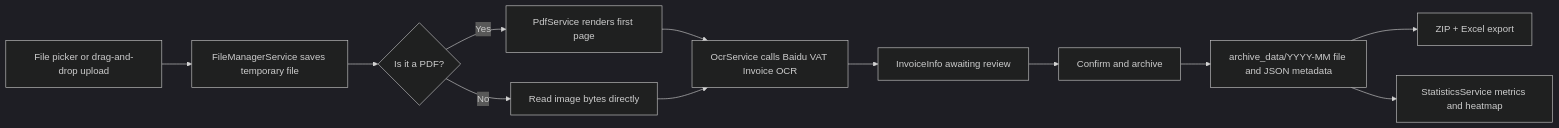
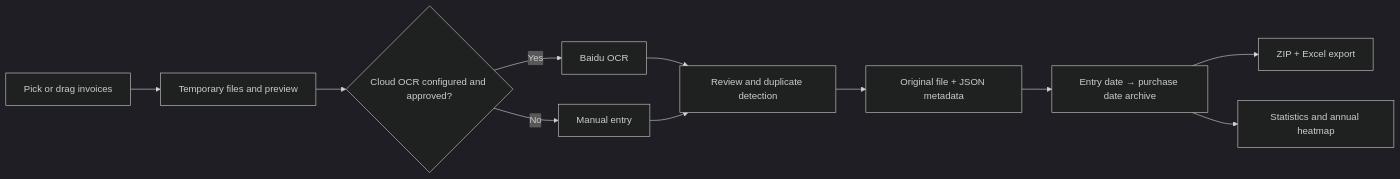
The diagram in README.en.md (MIGO-OvO/LabInvoiceSystem), drawn with Mermaid (dark theme) before and after one commit. The commit also changed other lines of this file and 1 other file, not shown here.

````diff
--- a/README.en.md
+++ b/README.en.md
@@ -151,14 +204,13 @@
 ```mermaid
 flowchart LR
-    A["File picker or drag-and-drop upload"] --> B["FileManagerService saves temporary file"]
-    B --> C{"Is it a PDF?"}
-    C -- "Yes" --> D["PdfService renders first page"]
-    C -- "No" --> E["Read image bytes directly"]
-    D --> F["OcrService calls Baidu VAT Invoice OCR"]
+    A["Pick or drag invoices"] --> B["Temporary files and preview"]
+    B --> C{"Cloud OCR configured and approved?"}
+    C -- "Yes" --> D["Baidu OCR"]
+    C -- "No" --> E["Manual entry"]
+    D --> F["Review and duplicate detection"]
     E --> F
-    F --> G["InvoiceInfo awaiting review"]
-    G --> H["Confirm and archive"]
-    H --> I["archive_data/YYYY-MM file and JSON metadata"]
-    I --> J["ZIP + Excel export"]
-    I --> K["StatisticsService metrics and heatmap"]
+    F --> G["Original file + JSON metadata"]
+    G --> H["Entry date → purchase date archive"]
+    H --> I["ZIP + Excel export"]
+    H --> J["Statistics and annual heatmap"]
 ```
````
